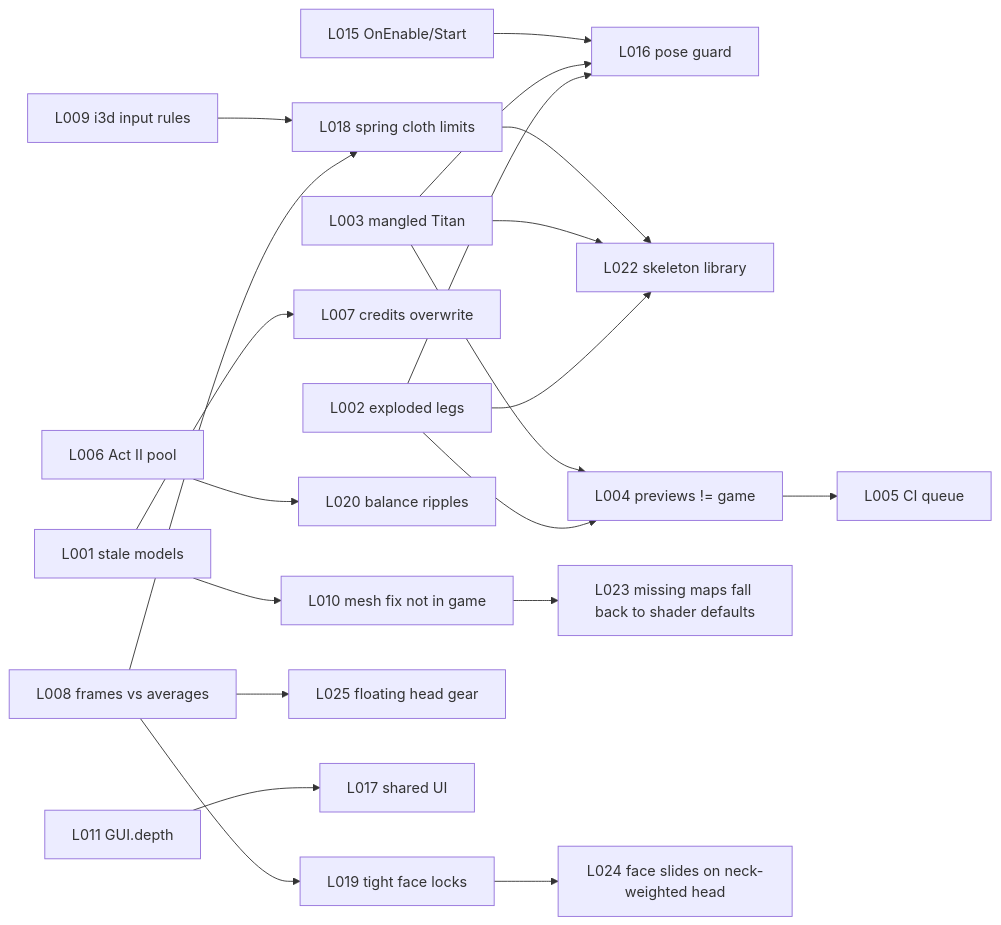
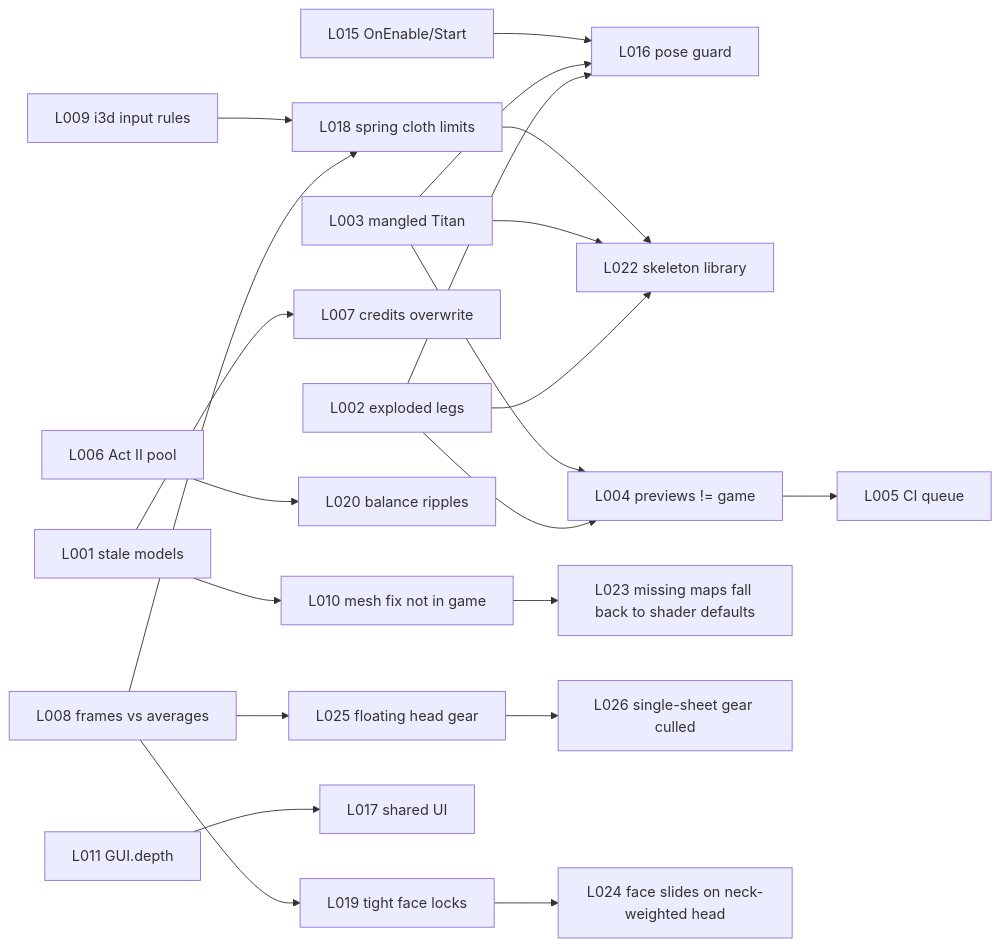
The diagram in docs/sigilbound/brain/MAP.md (eqtitan/SigilBound), drawn with Mermaid before and after one commit. The commit also changed other lines of this file and 260 other files, not shown here.

````diff
--- a/docs/sigilbound/brain/MAP.md
+++ b/docs/sigilbound/brain/MAP.md
@@ -28,22 +28,23 @@
 ```mermaid
 graph LR
   L002[L002 exploded legs] --> L016[L016 pose guard]
   L003[L003 mangled Titan] --> L016
   L002 --> L022[L022 skeleton library]
   L003 --> L022
   L018[L018 spring cloth limits] --> L022
   L004[L004 previews != game] --> L005[L005 CI queue]
   L002 --> L004
   L003 --> L004
   L001[L001 stale models] --> L007[L007 credits overwrite]
   L001 --> L010[L010 mesh fix not in game]
   L010 --> L023[L023 missing maps fall back to shader defaults]
   L006[L006 Act II pool] --> L020[L020 balance ripples]
   L008[L008 frames vs averages] --> L019[L019 tight face locks]
   L008 --> L018
   L008 --> L025[L025 floating head gear]
+  L025 --> L026[L026 single-sheet gear culled]
   L019 --> L024[L024 face slides on neck-weighted head]
   L009[L009 i3d input rules] --> L018
   L011[L011 GUI.depth] --> L017[L017 shared UI]
   L015[L015 OnEnable/Start] --> L016
 ```
````
